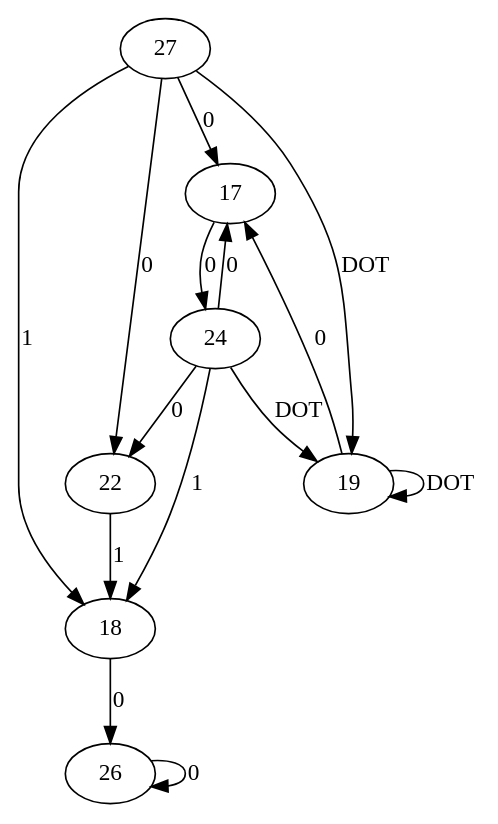
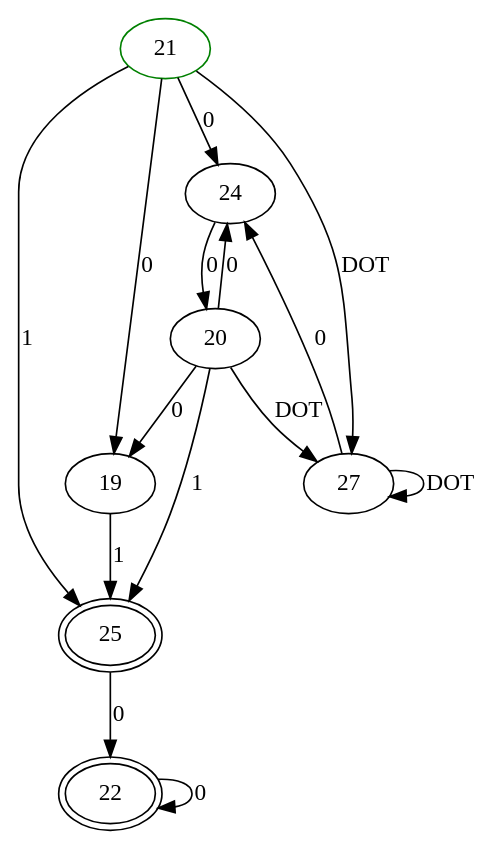
The diagram in dot/noEps.dot (dsiragusa/grep), drawn with Graphviz before and after one commit. The commit also changed 6 other files, not shown here.

```diff
--- a/dot/noEps.dot
+++ b/dot/noEps.dot
@@ -1,16 +1,23 @@
 digraph nfa{
-27 -> 22 [label="0"];
-27 -> 17 [label="0"];
-27 -> 18 [label="1"];
-27 -> 19 [label="DOT"];
-22 -> 18 [label="1"];
-26 -> 26 [label="0"];
-24 -> 22 [label="0"];
-24 -> 17 [label="0"];
-24 -> 18 [label="1"];
-24 -> 19 [label="DOT"];
-18 -> 26 [label="0"];
-19 -> 17 [label="0"];
-19 -> 19 [label="DOT"];
-17 -> 24 [label="0"];
+21 [color=green];
+21 -> 19 [label="0"];
+21 -> 24 [label="0"];
+21 -> 25 [label="1"];
+21 -> 27 [label="DOT"];
+22 [peripheries=2];
+22 -> 22 [label="0"];
+25 [peripheries=2];
+25 -> 22 [label="0"];
+27 [];
+27 -> 24 [label="0"];
+27 -> 27 [label="DOT"];
+24 [];
+24 -> 20 [label="0"];
+20 [];
+20 -> 24 [label="0"];
+20 -> 19 [label="0"];
+20 -> 25 [label="1"];
+20 -> 27 [label="DOT"];
+19 [];
+19 -> 25 [label="1"];
 }
```
